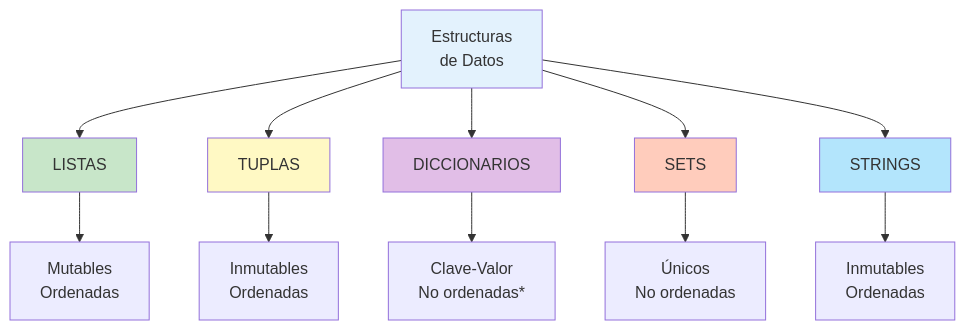
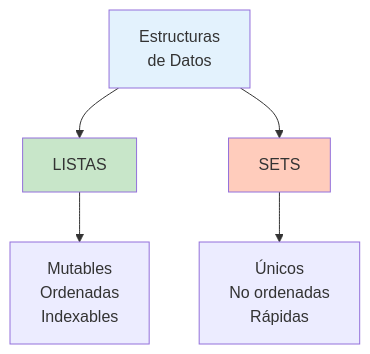
Before and after one commit to INGCOM-UNRN/apunte-ingreso: the second of 7 diagrams in 3_estructuras.md, drawn with Mermaid. The commit also changed other lines of this file, not shown here.

Commit message:
Simplificacion de las estructuras, las tuplas y los diccionarios van a otro lado

````diff
--- a/3_estructuras.md
+++ b/3_estructuras.md
@@ -98,21 +86,12 @@
 ```{mermaid}
 graph TD
     A[Estructuras<br/>de Datos] --> B[LISTAS]
-    A --> C[TUPLAS]
-    A --> D[DICCIONARIOS]
     A --> E[SETS]
-    A --> F[STRINGS]
     
-    B --> B1[Mutables<br/>Ordenadas]
-    C --> C1[Inmutables<br/>Ordenadas]
-    D --> D1[Clave-Valor<br/>No ordenadas*]
-    E --> E1[Únicos<br/>No ordenadas]
-    F --> F1[Inmutables<br/>Ordenadas]
+    B --> B1[Mutables<br/>Ordenadas<br/>Indexables]
+    E --> E1[Únicos<br/>No ordenadas<br/>Rápidas]
     
     style A fill:#e3f2fd
     style B fill:#c8e6c9
-    style C fill:#fff9c4
-    style D fill:#e1bee7
     style E fill:#ffccbc
-    style F fill:#b3e5fc
 ```
````
